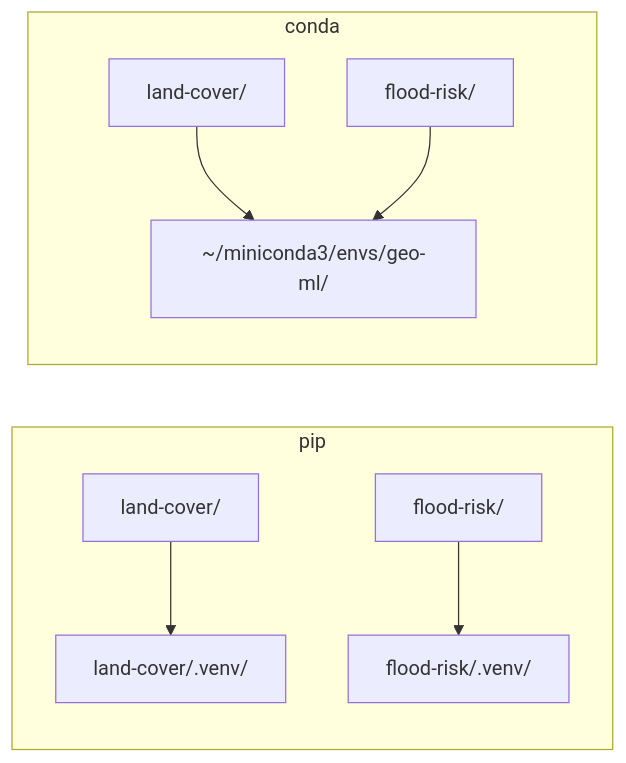
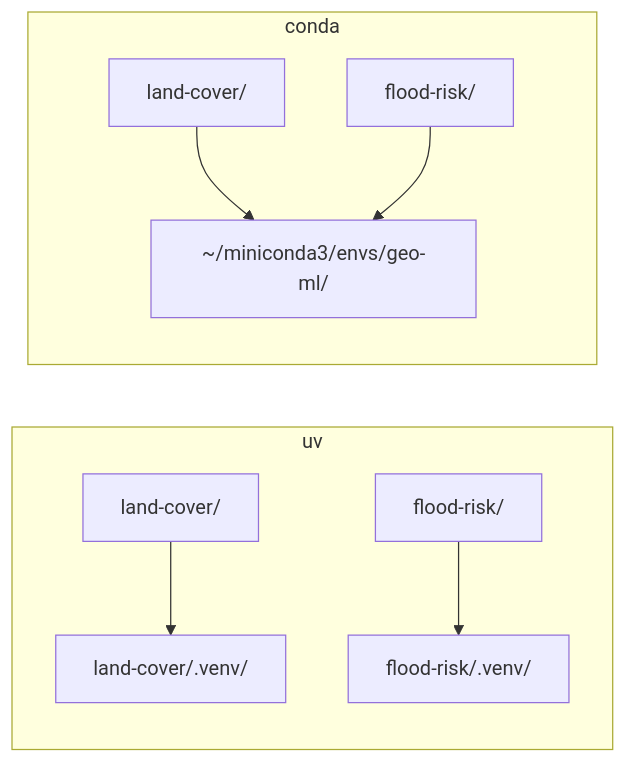
One commit to nebari-dev/nebari-docs changed the first of 4 diagrams in docs/blog/2026-03-16-conda-pixi-nebi.md. Above: the diagram before and after it, drawn with Mermaid. The commit also changed other lines of this file, not shown here.

Commit message:
docs(blog): replace pip with uv as baseline

````diff
--- a/docs/blog/2026-03-16-conda-pixi-nebi.md
+++ b/docs/blog/2026-03-16-conda-pixi-nebi.md
@@ -107,11 +106,11 @@
 ```mermaid
 flowchart LR
-    subgraph pip
+    subgraph uv
         P1[land-cover/] --> E1[land-cover/.venv/]
         P2[flood-risk/] --> E2[flood-risk/.venv/]
     end
     subgraph conda
         P3[land-cover/] --> E3[~/miniconda3/envs/geo-ml/]
         P4[flood-risk/] --> E3
     end
 ```
````
